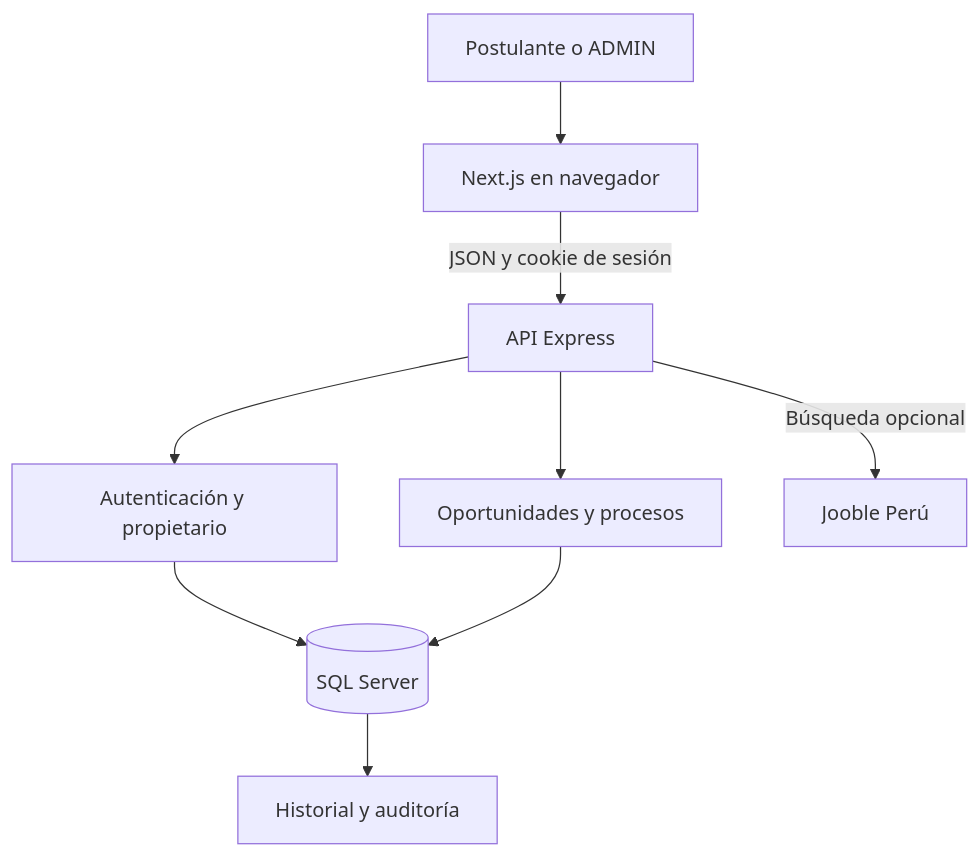
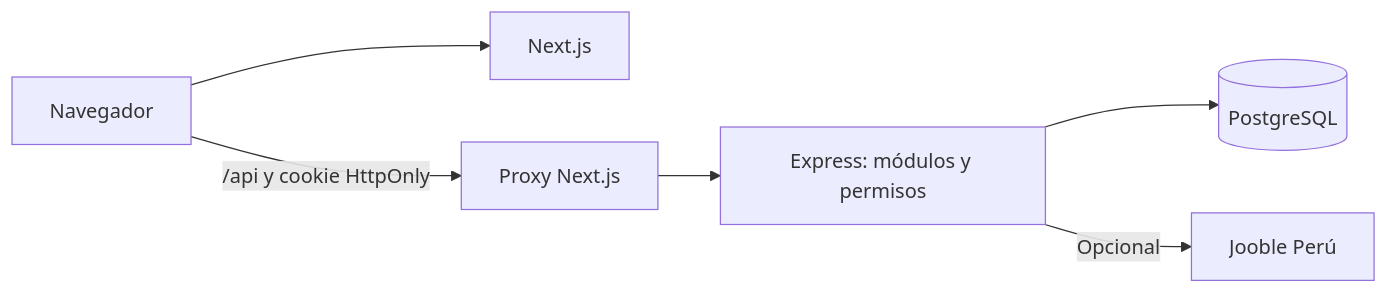
The diagram in docs/01-arquitectura.md (Diego11491/PostulaTrack), drawn with Mermaid before and after one commit. The commit also changed other lines of this file and 60 other files, not shown here.

````diff
--- a/docs/01-arquitectura.md
+++ b/docs/01-arquitectura.md
@@ -11,11 +5,8 @@
 ```mermaid
-flowchart TD
-  U["Postulante o ADMIN"] --> WEB["Next.js en navegador"]
-  WEB -->|"JSON y cookie de sesión"| API["API Express"]
-  API --> AUTH["Autenticación y propietario"]
-  API --> DOM["Oportunidades y procesos"]
-  AUTH --> DB[("SQL Server")]
-  DOM --> DB
-  DB --> HIST["Historial y auditoría"]
-  API -->|"Búsqueda opcional"| JOBS["Jooble Perú"]
+flowchart LR
+  U["Navegador"] --> W["Next.js"]
+  U -->|"/api y cookie HttpOnly"| P["Proxy Next.js"]
+  P --> E["Express: módulos y permisos"]
+  E --> D[("PostgreSQL")]
+  E -->|"Opcional"| J["Jooble Perú"]
 ```
````
